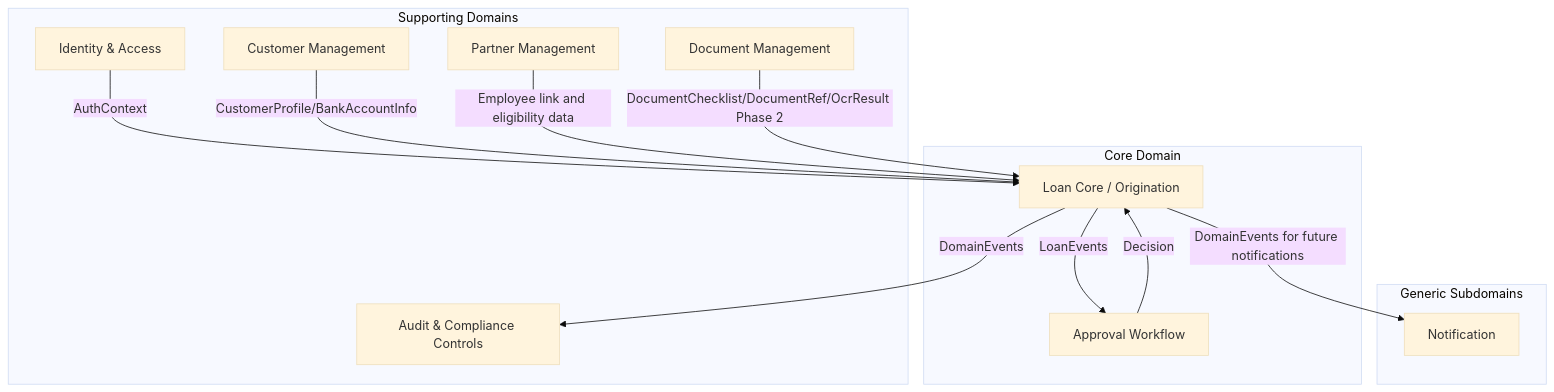
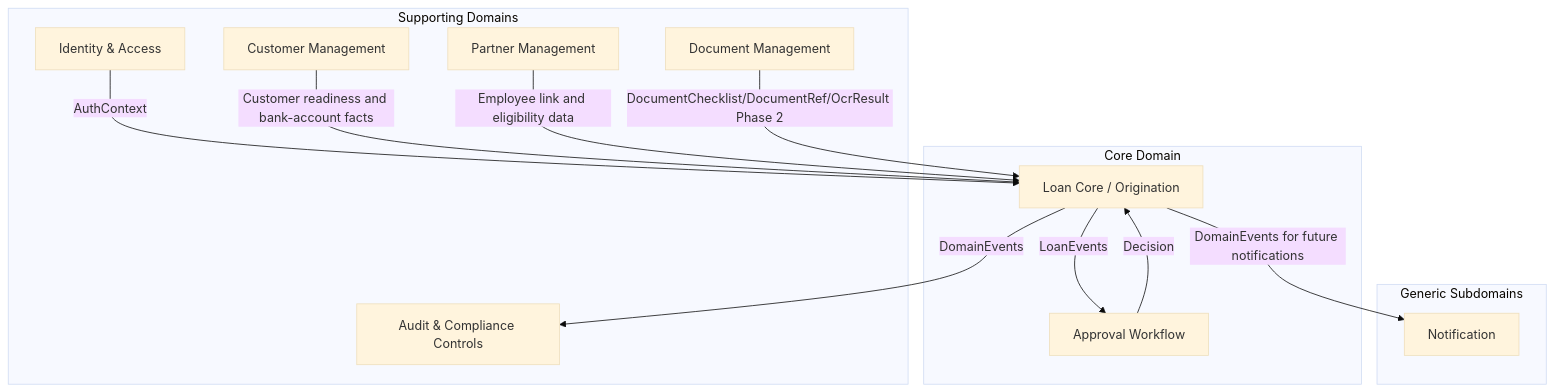
One commit to dongduy-dev/meridian-finance changed the diagram in docs/architecture/MER-ARCH-001-bounded-contexts.md. Above: the diagram before and after it, drawn with Mermaid (base theme). The commit also changed other lines of this file and 93 other files, not shown here.

First line of the commit message:
feat(customer): add profile and bank-account foundation (#25)

````diff
--- a/docs/architecture/MER-ARCH-001-bounded-contexts.md
+++ b/docs/architecture/MER-ARCH-001-bounded-contexts.md
@@ -7,25 +7,25 @@
 ```mermaid
 graph TB
     subgraph Core["Core Domain"]
         LOAN["Loan Core / Origination"]
         APPROVAL["Approval Workflow"]
     end
     subgraph Supporting["Supporting Domains"]
         IAM["Identity & Access"]
         CUSTOMER["Customer Management"]
         PARTNER["Partner Management"]
         DOC["Document Management"]
         AUDIT["Audit & Compliance Controls"]
     end
     subgraph Generic["Generic Subdomains"]
         NOTIF["Notification"]
     end
     IAM -->|AuthContext| LOAN
-    CUSTOMER -->|CustomerProfile/BankAccountInfo| LOAN
+    CUSTOMER -->|Customer readiness and bank-account facts| LOAN
     PARTNER -->|Employee link and eligibility data| LOAN
     LOAN -->|LoanEvents| APPROVAL
     APPROVAL -->|Decision| LOAN
     DOC -->|DocumentChecklist/DocumentRef/OcrResult Phase 2| LOAN
     LOAN -->|DomainEvents| AUDIT
     LOAN -->|DomainEvents for future notifications| NOTIF
 ```
````
